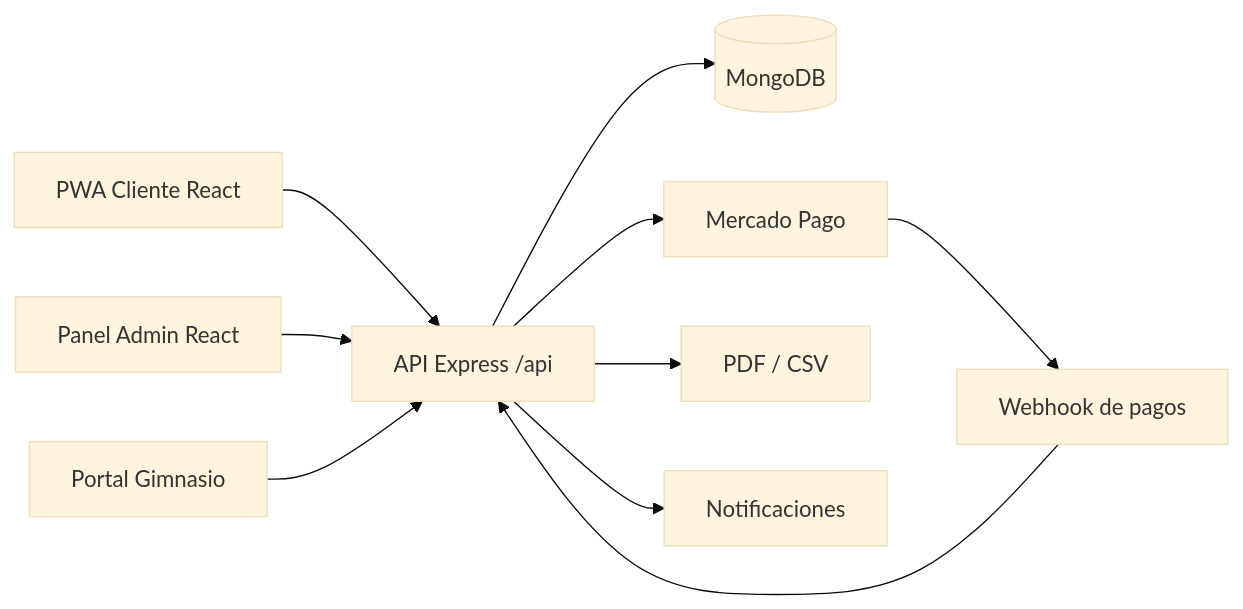
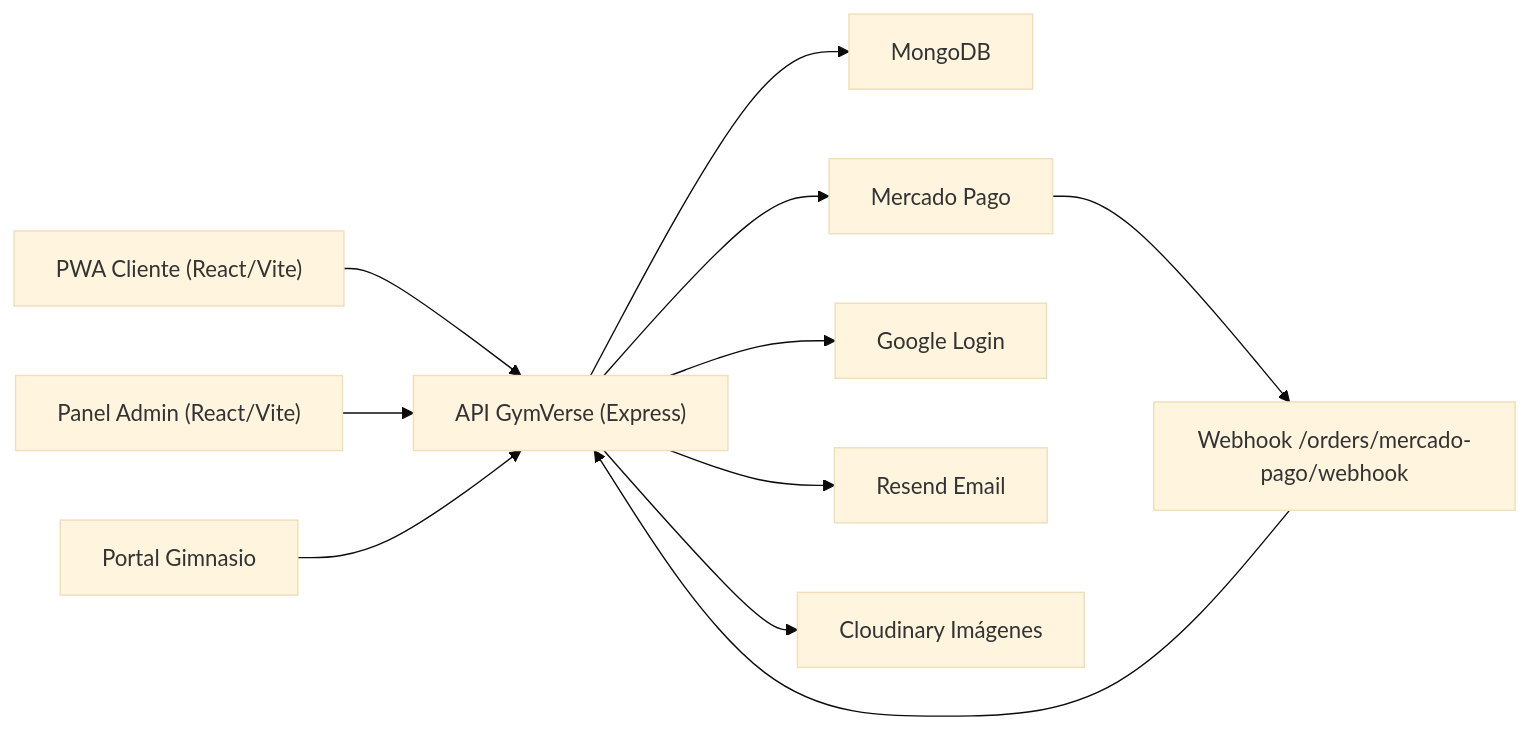
One commit to IvanNario/gymverse changed the first of 9 diagrams in documentacion/03_diagramas.md. Above: the diagram before and after it, drawn with Mermaid (base theme). The commit also changed other lines of this file and 23 other files, not shown here.

````diff
--- a/documentacion/03_diagramas.md
+++ b/documentacion/03_diagramas.md
@@ -5,12 +7,13 @@
 ```mermaid
 flowchart LR
-    Cliente["PWA Cliente React"] --> API["API Express /api"]
-    Admin["Panel Admin React"] --> API
-    Gym["Portal Gimnasio"] --> API
-    API --> DB[("MongoDB")]
-    API --> MP["Mercado Pago"]
-    MP --> WH["Webhook de pagos"]
-    WH --> API
-    API --> PDF["PDF / CSV"]
-    API --> Notif["Notificaciones"]
+  Cliente["PWA Cliente (React/Vite)"] --> API["API GymVerse (Express)"]
+  Admin["Panel Admin (React/Vite)"] --> API
+  Gym["Portal Gimnasio"] --> API
+  API --> Mongo["MongoDB"]
+  API --> MP["Mercado Pago"]
+  API --> Google["Google Login"]
+  API --> Resend["Resend Email"]
+  API --> Cloudinary["Cloudinary Imágenes"]
+  MP --> Webhook["Webhook /orders/mercado-pago/webhook"]
+  Webhook --> API
 ```
````
